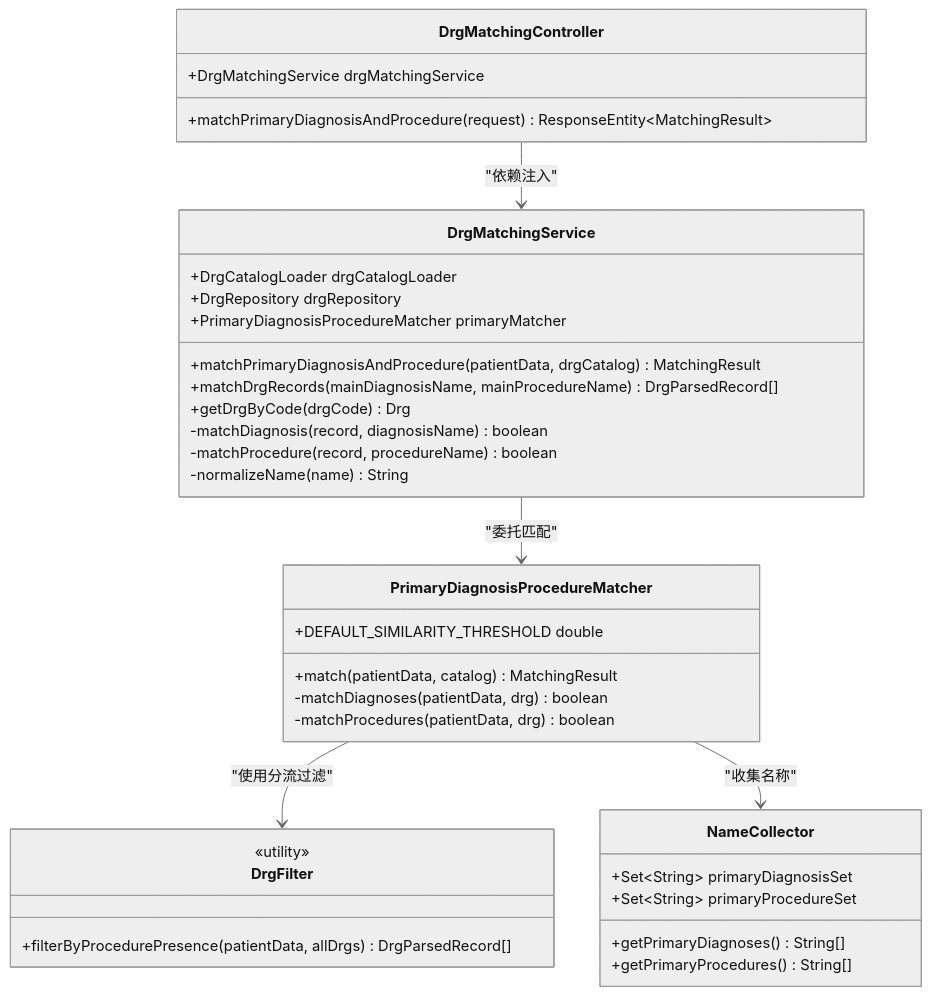
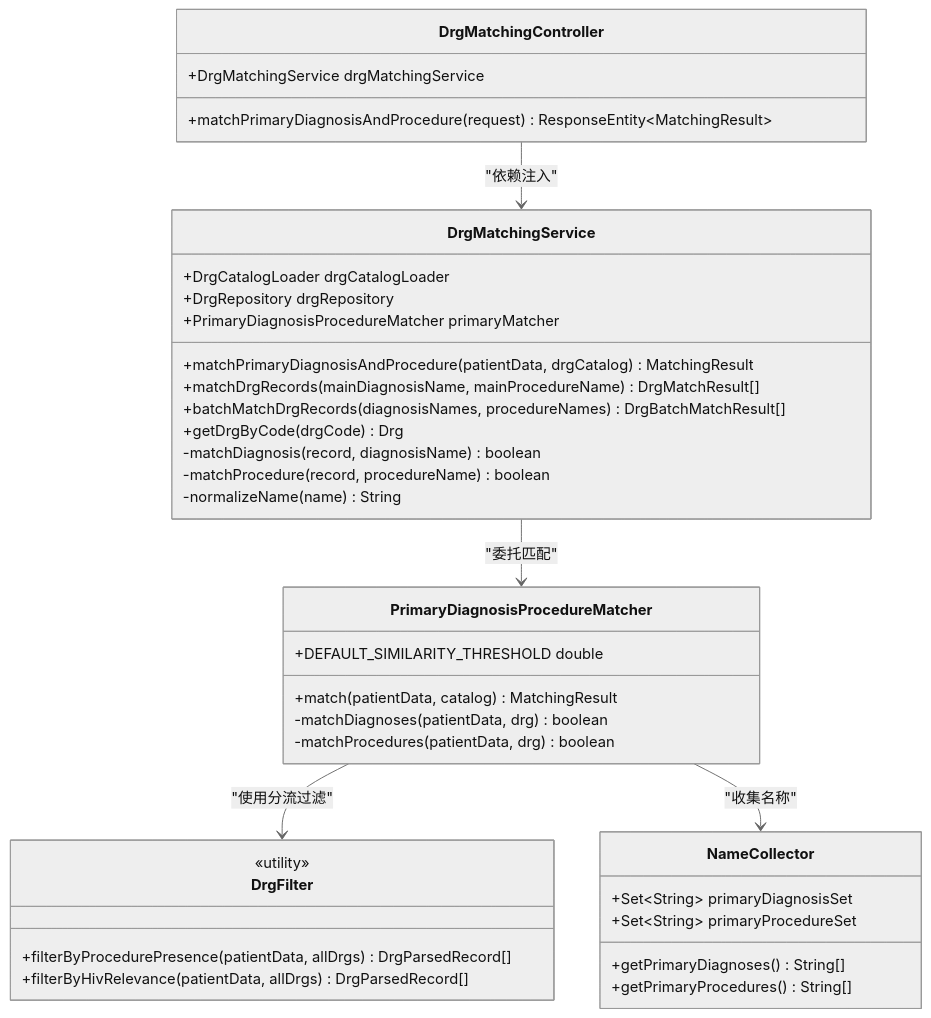
Before and after one commit to liuzh2008/med_ai_assistant_workspace: diagram 11 of 32 in .qoder/repowiki/zh/content/核心功能模块/DRG分析系统增强.md, drawn with Mermaid (neutral theme). The commit also changed other lines of this file and 1 other file, not shown here.

````diff
--- a/.qoder/repowiki/zh/content/核心功能模块/DRG分析系统增强.md
+++ b/.qoder/repowiki/zh/content/核心功能模块/DRG分析系统增强.md
@@ -466,38 +489,40 @@
 ```mermaid
 classDiagram
 class DrgMatchingService {
 +DrgCatalogLoader drgCatalogLoader
 +DrgRepository drgRepository
 +PrimaryDiagnosisProcedureMatcher primaryMatcher
 +matchPrimaryDiagnosisAndProcedure(patientData, drgCatalog) MatchingResult
-+matchDrgRecords(mainDiagnosisName, mainProcedureName) DrgParsedRecord[]
++matchDrgRecords(mainDiagnosisName, mainProcedureName) DrgMatchResult[]
++batchMatchDrgRecords(diagnosisNames, procedureNames) DrgBatchMatchResult[]
 +getDrgByCode(drgCode) Drg
 -matchDiagnosis(record, diagnosisName) boolean
 -matchProcedure(record, procedureName) boolean
 -normalizeName(name) String
 }
 class DrgMatchingController {
 +DrgMatchingService drgMatchingService
 +matchPrimaryDiagnosisAndProcedure(request) ResponseEntity~MatchingResult~
 }
 class PrimaryDiagnosisProcedureMatcher {
 +DEFAULT_SIMILARITY_THRESHOLD double
 +match(patientData, catalog) MatchingResult
 -matchDiagnoses(patientData, drg) boolean
 -matchProcedures(patientData, drg) boolean
 }
 class DrgFilter {
 <<utility>>
 +filterByProcedurePresence(patientData, allDrgs) DrgParsedRecord[]
++filterByHivRelevance(patientData, allDrgs) DrgParsedRecord[]
 }
 class NameCollector {
 +Set~String~ primaryDiagnosisSet
 +Set~String~ primaryProcedureSet
 +getPrimaryDiagnoses() String[]
 +getPrimaryProcedures() String[]
 }
 DrgMatchingController --> DrgMatchingService : "依赖注入"
 DrgMatchingService --> PrimaryDiagnosisProcedureMatcher : "委托匹配"
 PrimaryDiagnosisProcedureMatcher --> DrgFilter : "使用分流过滤"
 PrimaryDiagnosisProcedureMatcher --> NameCollector : "收集名称"
 ```
````
